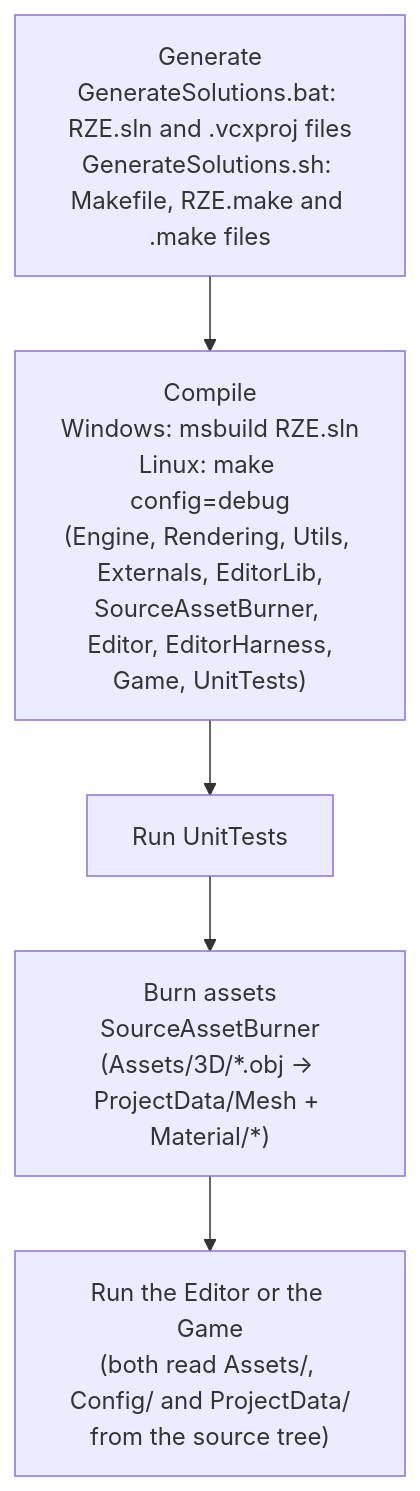
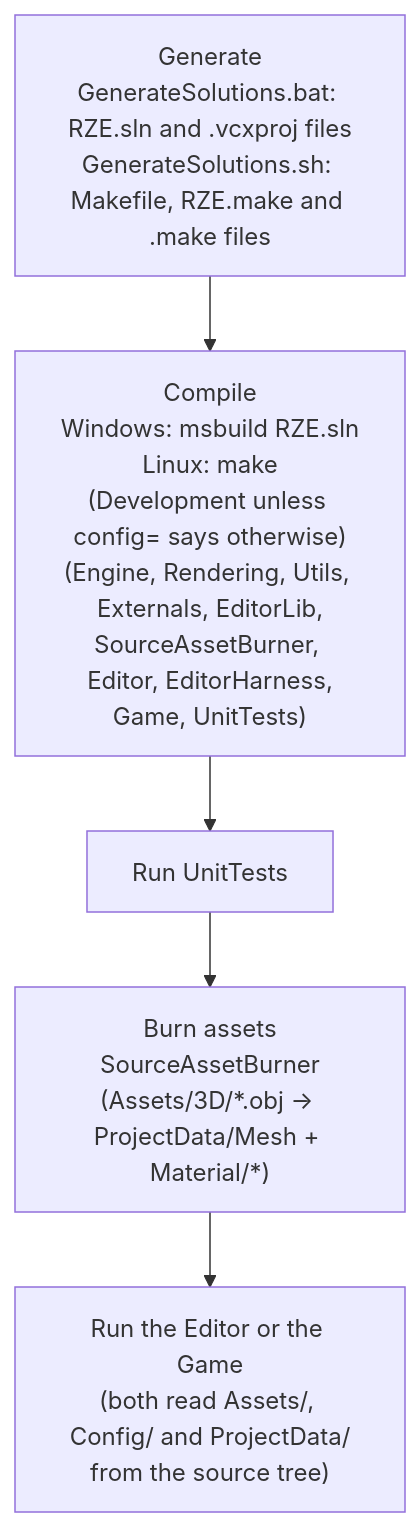
One commit to b1nary0/RZE changed the diagram in Docs/Generated/Engine/01-GettingStarted/Building-And-Running.md. Above: the diagram before and after it, drawn with Mermaid. The commit also changed other lines of this file and 17 other files, not shown here.

First line of the commit message:
Docs: Development configuration, graphics validation, the optimization switch

````diff
--- a/Docs/Generated/Engine/01-GettingStarted/Building-And-Running.md
+++ b/Docs/Generated/Engine/01-GettingStarted/Building-And-Running.md
@@ -20,8 +20,8 @@
 ```mermaid
 %%{init: {'flowchart': {'subGraphTitleMargin': {'top': 6, 'bottom': 10}}, 'themeCSS': '.labelBkg, .edgeLabel { background-color: var(--background-primary) !important; } .messageText, .labelText, .loopText { paint-order: stroke; stroke: var(--background-primary); stroke-width: 12px; stroke-linejoin: round; }'}}%%
 flowchart TD
-    A["Generate<br/>GenerateSolutions.bat: RZE.sln and .vcxproj files<br/>GenerateSolutions.sh: Makefile, RZE.make and .make files"] --> B["Compile<br/>Windows: msbuild RZE.sln<br/>Linux: make config=debug<br/>(Engine, Rendering, Utils, Externals, EditorLib,<br/>SourceAssetBurner, Editor, EditorHarness,<br/>Game, UnitTests)"]
+    A["Generate<br/>GenerateSolutions.bat: RZE.sln and .vcxproj files<br/>GenerateSolutions.sh: Makefile, RZE.make and .make files"] --> B["Compile<br/>Windows: msbuild RZE.sln<br/>Linux: make<br/>(Development unless config= says otherwise)<br/>(Engine, Rendering, Utils, Externals, EditorLib,<br/>SourceAssetBurner, Editor, EditorHarness,<br/>Game, UnitTests)"]
     B --> T["Run UnitTests"]
     T --> C["Burn assets<br/>SourceAssetBurner<br/>(Assets/3D/*.obj -> ProjectData/Mesh + Material/*)"]
     C --> E["Run the Editor or the Game<br/>(both read Assets/, Config/ and ProjectData/<br/>from the source tree)"]
 ```
````
